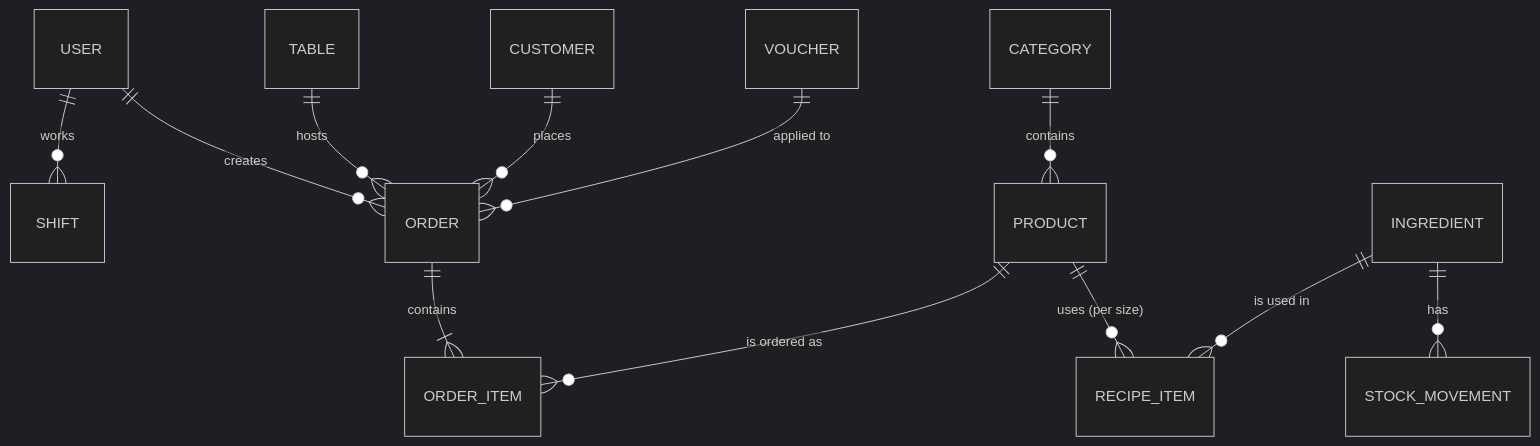
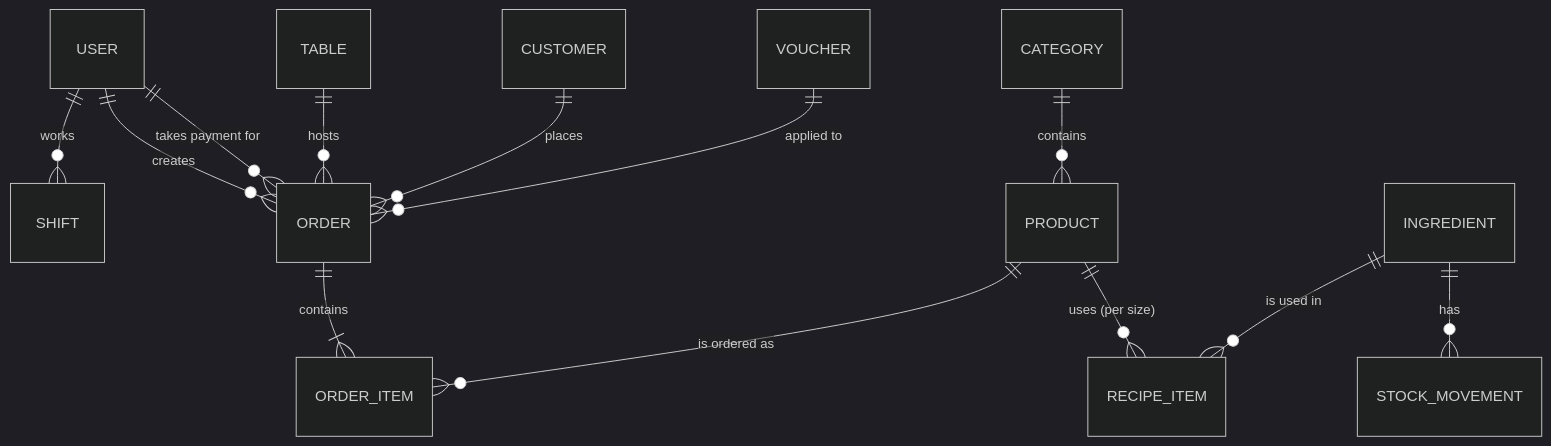
The third of 4 diagrams in docs/product-brief.md (huytran303/CafeManagementSystem), drawn with Mermaid (dark theme) before and after one commit. The commit also changed other lines of this file and 23 other files, not shown here.

````diff
--- a/docs/product-brief.md
+++ b/docs/product-brief.md
@@ -423,14 +445,15 @@
 ```mermaid
 erDiagram
     USER ||--o{ SHIFT : works
     USER ||--o{ ORDER : creates
+    USER ||--o{ ORDER : "takes payment for"
     CATEGORY ||--o{ PRODUCT : contains
     PRODUCT ||--o{ RECIPE_ITEM : "uses (per size)"
     INGREDIENT ||--o{ RECIPE_ITEM : "is used in"
     INGREDIENT ||--o{ STOCK_MOVEMENT : has
     TABLE ||--o{ ORDER : hosts
     ORDER ||--|{ ORDER_ITEM : contains
     PRODUCT ||--o{ ORDER_ITEM : "is ordered as"
     CUSTOMER ||--o{ ORDER : places
     VOUCHER ||--o{ ORDER : "applied to"
 ```
````
